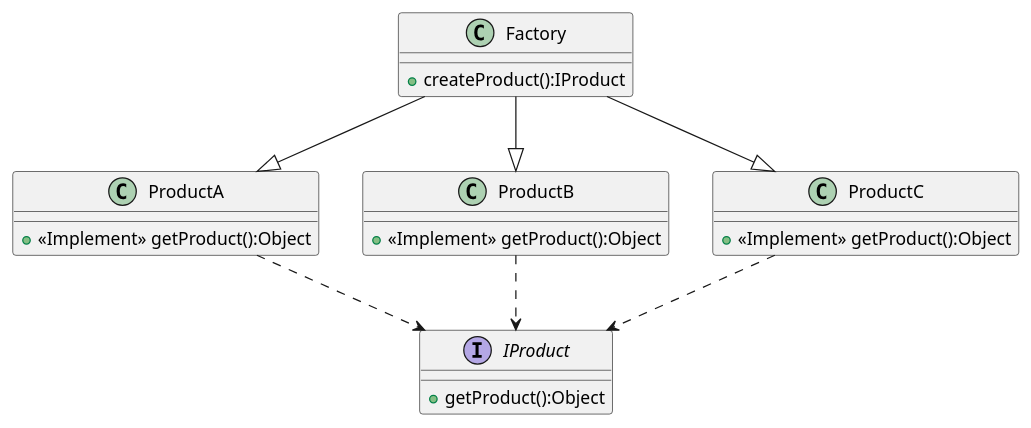
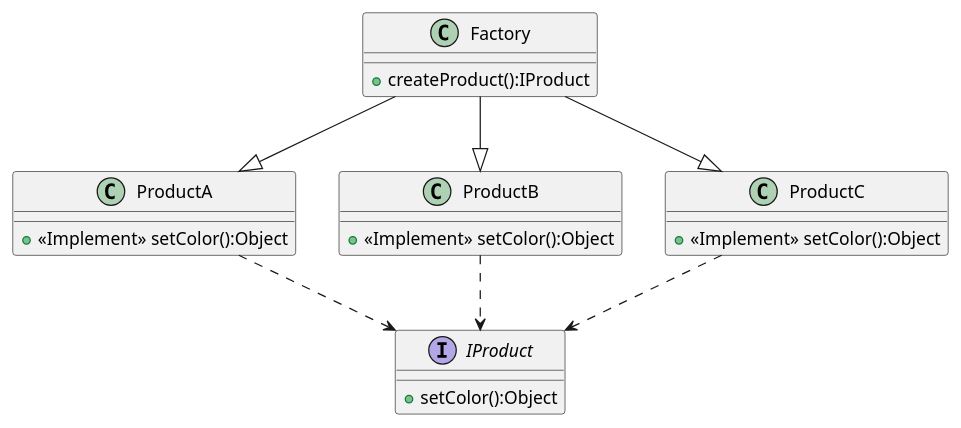
One commit to mliumeng/DesignParrern changed the diagram in UML/SimpleFactoryPattern.puml. Above: the diagram before and after it, drawn with PlantUML. The commit also changed 1 other file, not shown here.

```diff
--- a/UML/SimpleFactoryPattern.puml
+++ b/UML/SimpleFactoryPattern.puml
@@ -1,31 +1,31 @@
 @startuml
 interface IProduct{
-+ getProduct():Object
++ setColor():Object
 }
 
 class ProductA{
-  + <<Implement>> getProduct():Object
+  + <<Implement>> setColor():Object
 }
 
 class ProductB{
-  + <<Implement>> getProduct():Object
+  + <<Implement>> setColor():Object
 }
 
 class ProductC{
-  + <<Implement>> getProduct():Object
+  + <<Implement>> setColor():Object
 }
 
 class Factory{
   + createProduct():IProduct
 }
 
 Factory --|> ProductA
 Factory --|> ProductB
 Factory --|> ProductC
 
 ProductA ..> IProduct
 ProductB ..> IProduct
 ProductC ..> IProduct
 
 
 @enduml
```
